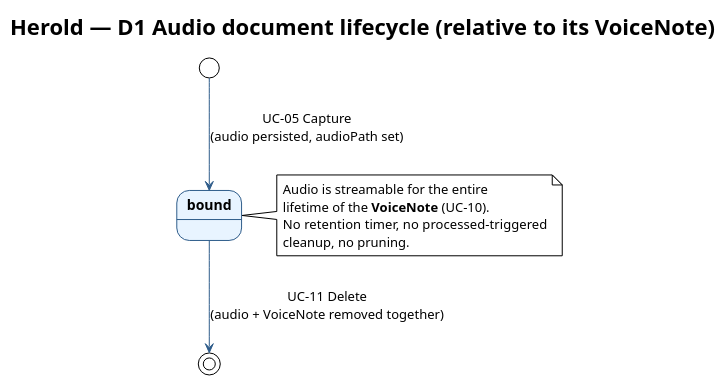
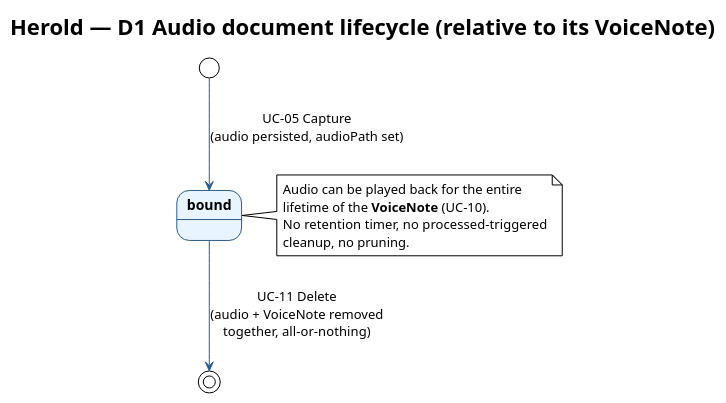
One commit to carstenlucke/herold changed the diagram in docs/spec/diagrams/d1-audio-lifecycle-states.plantuml. Above: the diagram before and after it, drawn with PlantUML. The commit also changed 15 other files, not shown here.

```diff
--- a/docs/spec/diagrams/d1-audio-lifecycle-states.plantuml
+++ b/docs/spec/diagrams/d1-audio-lifecycle-states.plantuml
@@ -1,25 +1,25 @@
 @startuml d1-audio-lifecycle-states
 !theme plain
 skinparam shadowing false
 skinparam state {
   BackgroundColor #E8F4FF
   BorderColor #2E5C8A
   FontStyle bold
   ArrowColor #2E5C8A
 }
 
 title Herold — D1 Audio document lifecycle (relative to its VoiceNote)
 
 [*] --> bound : UC-05 Capture\n(audio persisted, audioPath set)
 
 state bound
 note right of bound
-  Audio is streamable for the entire
+  Audio can be played back for the entire
   lifetime of the **VoiceNote** (UC-10).
   No retention timer, no processed-triggered
   cleanup, no pruning.
 end note
 
-bound --> [*] : UC-11 Delete\n(audio + VoiceNote removed together)
+bound --> [*] : UC-11 Delete\n(audio + VoiceNote removed\ntogether, all-or-nothing)
 
 @enduml
```
